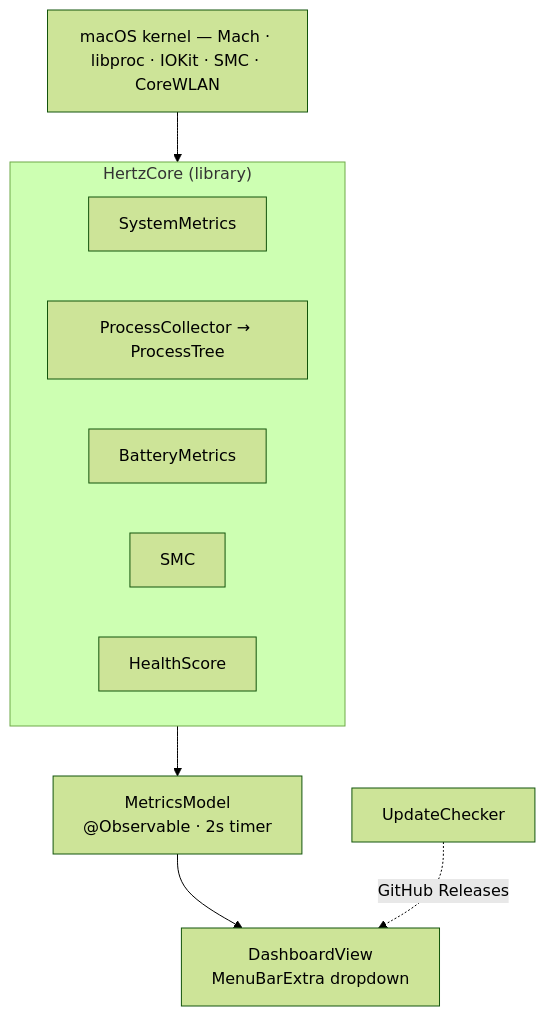
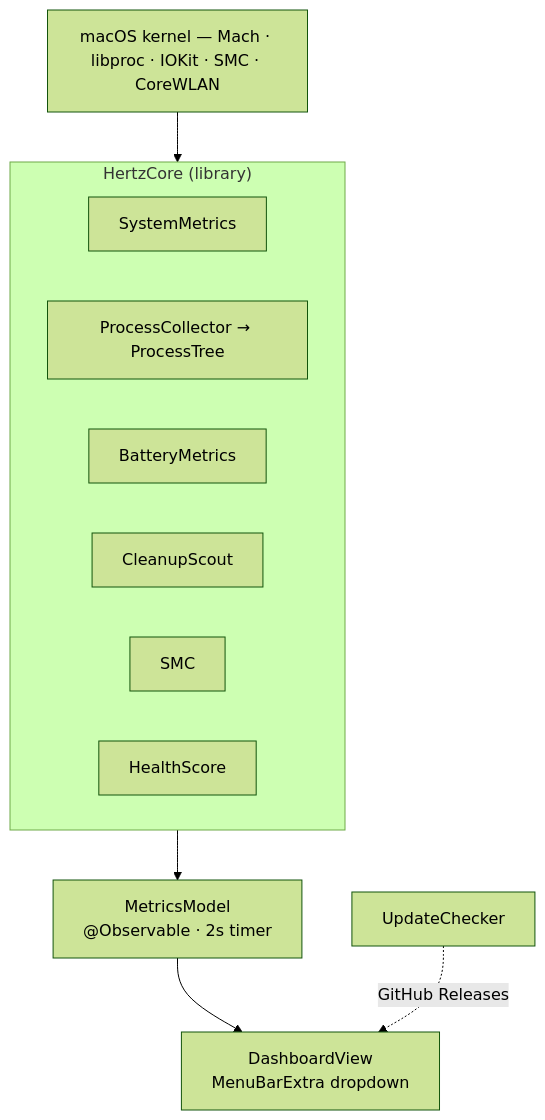
The second of 5 diagrams in ARCHITECTURE.md (openappshq/openapps), drawn with Mermaid (forest theme) before and after one commit. The commit also changed other lines of this file and 5 other files, not shown here.

Commit message:
feat: add cleanup scout (#10)

````diff
--- a/ARCHITECTURE.md
+++ b/ARCHITECTURE.md
@@ -37,21 +37,22 @@
 ```mermaid
 flowchart TB
     kernel["macOS kernel — Mach · libproc · IOKit · SMC · CoreWLAN"]
 
     subgraph core["HertzCore (library)"]
         sys["SystemMetrics"]
         proc["ProcessCollector → ProcessTree"]
         bat["BatteryMetrics"]
+        clean["CleanupScout"]
         smc["SMC"]
         health["HealthScore"]
     end
 
     model["MetricsModel<br/>@Observable · 2s timer"]
     view["DashboardView<br/>MenuBarExtra dropdown"]
     upd["UpdateChecker"]
 
     kernel --> core
     core --> model
     model --> view
     upd -.->|GitHub Releases| view
 ```
````
